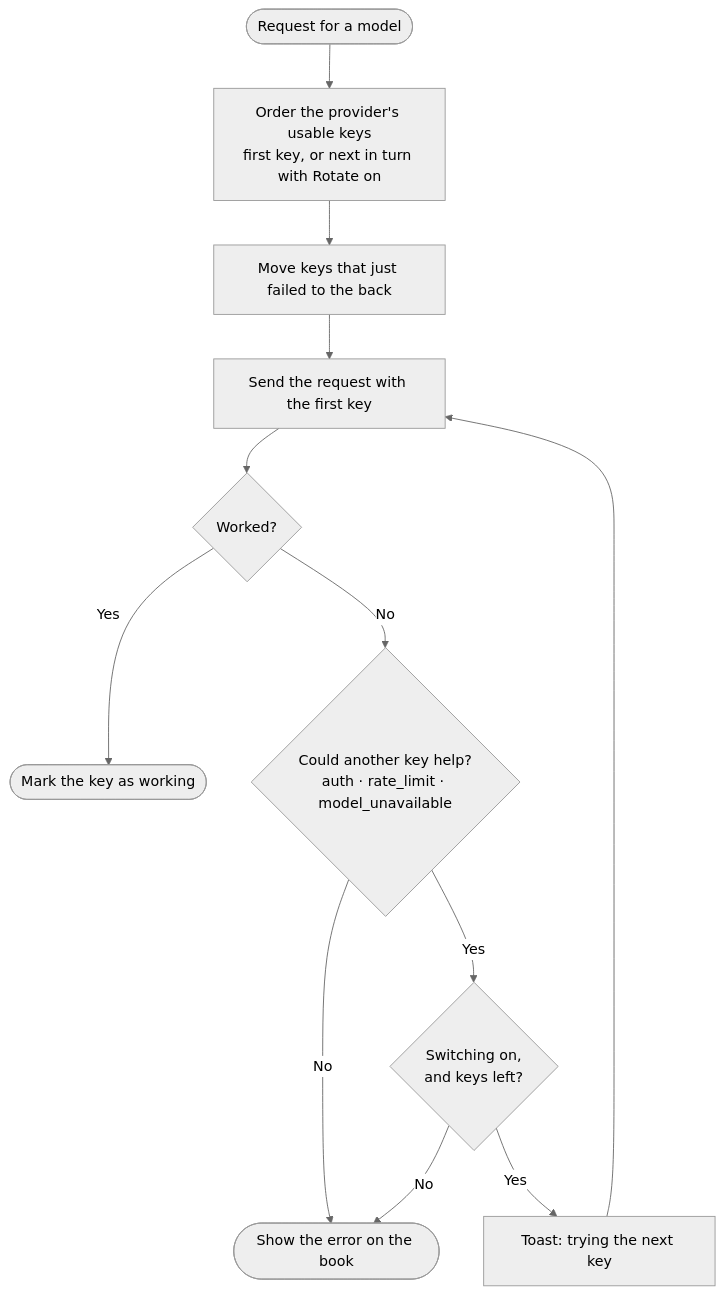
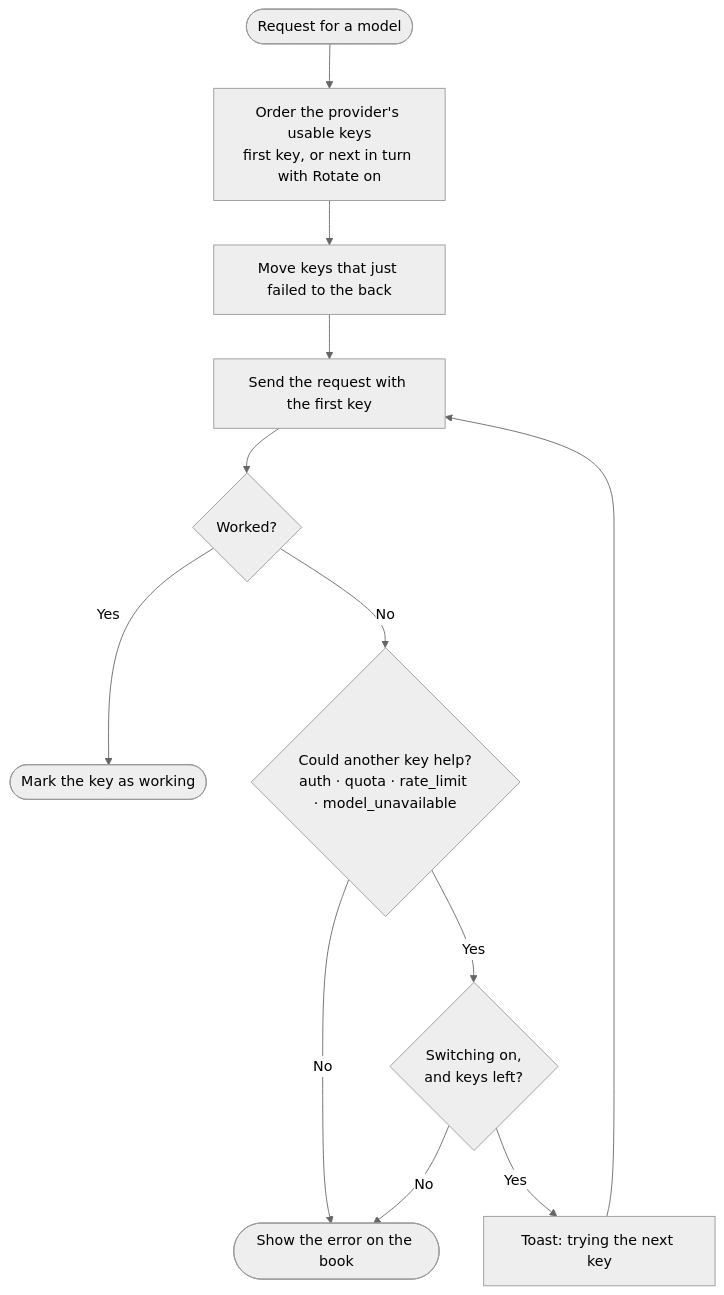
One commit to Sasivarnasarma/infinite-bookshelf changed the fourth of 5 diagrams in docs/architecture.md. Above: the diagram before and after it, drawn with Mermaid (neutral theme). The commit also changed other lines of this file and 18 other files, not shown here.

````diff
--- a/docs/architecture.md
+++ b/docs/architecture.md
@@ -165,13 +165,13 @@
 ```mermaid
 flowchart TD
     Start(["Request for a model"]) --> Order["Order the provider's usable keys<br/>first key, or next in turn with Rotate on"]
     Order --> Benched["Move keys that just failed to the back"]
     Benched --> Try["Send the request with the first key"]
     Try --> OK{"Worked?"}
     OK -- Yes --> Done(["Mark the key as working"])
-    OK -- No --> Kind{"Could another key help?<br/>auth · rate_limit · model_unavailable"}
+    OK -- No --> Kind{"Could another key help?<br/>auth · quota · rate_limit · model_unavailable"}
     Kind -- No --> Fail(["Show the error on the book"])
     Kind -- Yes --> More{"Switching on,<br/>and keys left?"}
     More -- No --> Fail
     More -- Yes --> Next["Toast: trying the next key"] --> Try
 ```
````
